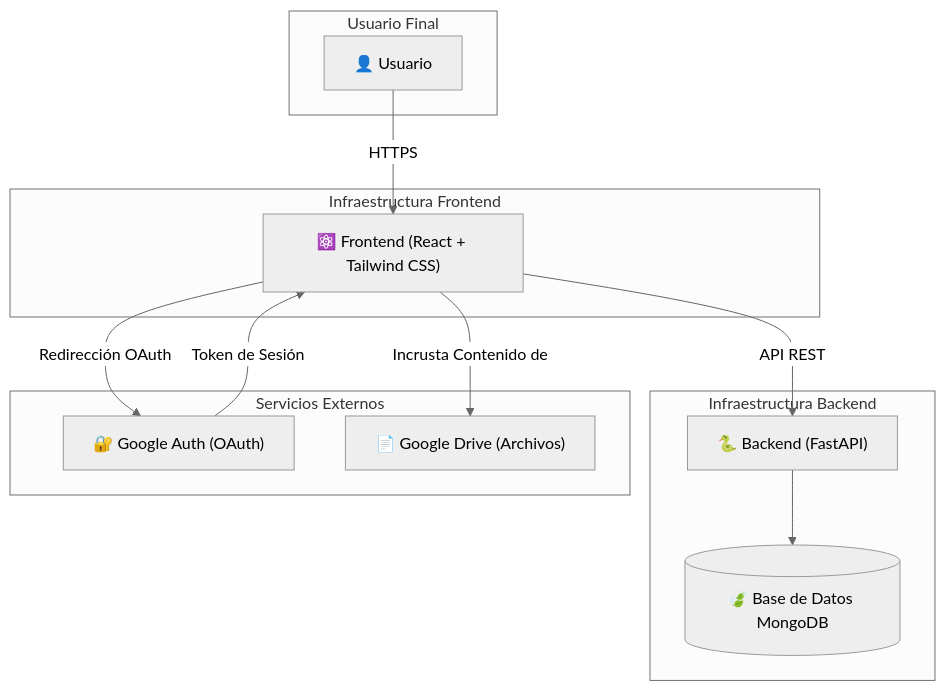
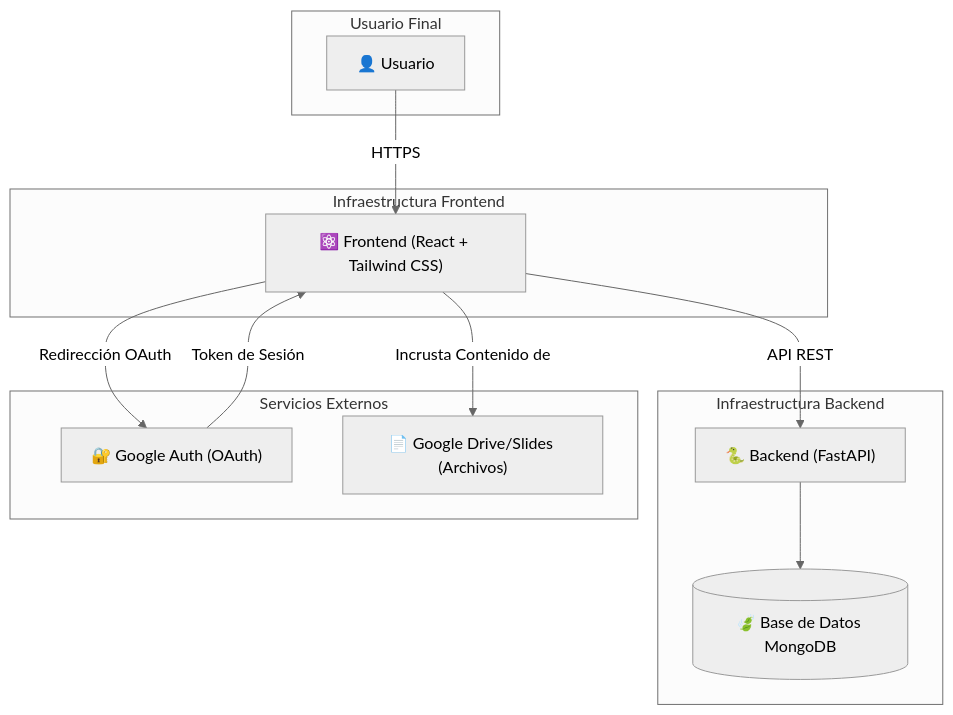
Before and after one commit to FranAnillo/plataforma-formaciones-ritsi: the diagram in README.md, drawn with Mermaid (neutral theme). The commit also changed other lines of this file and 38 other files, not shown here.

````diff
--- a/README.md
+++ b/README.md
@@ -74,25 +93,25 @@
 ```mermaid
 graph TD
     subgraph "Usuario Final"
         User["👤 Usuario"]
     end
 
     subgraph "Infraestructura Frontend"
         Frontend["⚛️ Frontend (React + Tailwind CSS)"]
     end
 
     subgraph "Infraestructura Backend"
         Backend["🐍 Backend (FastAPI)"] --> Database[("🍃 Base de Datos MongoDB")]
     end
 
     subgraph "Servicios Externos"
         Auth["🔐 Google Auth (OAuth)"]
-        Drive["📄 Google Drive (Archivos)"]
+        Drive["📄 Google Drive/Slides (Archivos)"]
     end
 
     User -- HTTPS --> Frontend
     Frontend -- API REST --> Backend
     Frontend -- Redirección OAuth --> Auth
     Auth -- Token de Sesión --> Frontend
     Frontend -- Incrusta Contenido de --> Drive
 ```
````
